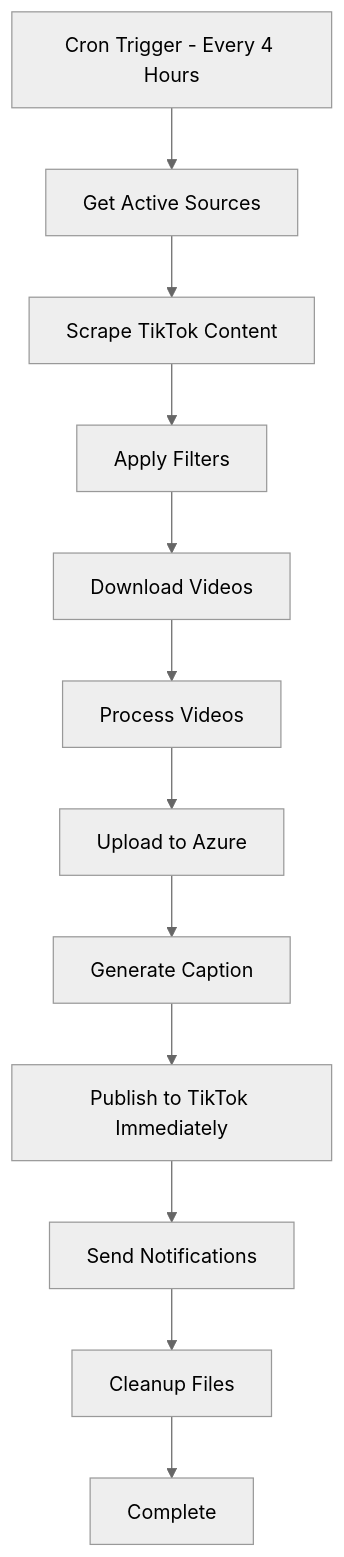
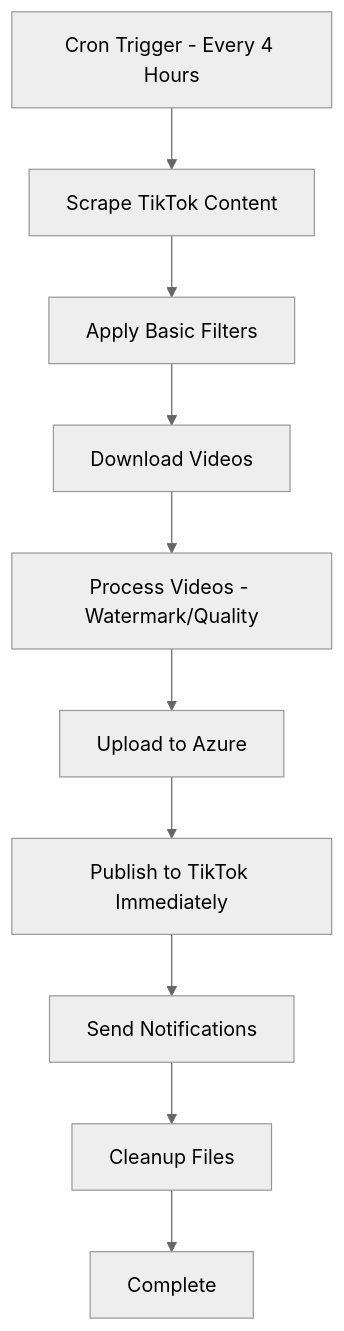
The diagram in n8n-one-automation.md (lamont703/Project_TikTokReposter), drawn with Mermaid (neutral theme) before and after one commit. The commit also changed other lines of this file, not shown here.

````diff
--- a/n8n-one-automation.md
+++ b/n8n-one-automation.md
@@ -17,14 +17,12 @@
 ```mermaid
 graph TB
-    START[Cron Trigger - Every 4 Hours] --> SOURCES[Get Active Sources]
-    SOURCES --> SCRAPE[Scrape TikTok Content]
-    SCRAPE --> FILTER[Apply Filters]
+    START[Cron Trigger - Every 4 Hours] --> SCRAPE[Scrape TikTok Content]
+    SCRAPE --> FILTER[Apply Basic Filters]
     FILTER --> DOWNLOAD[Download Videos]
-    DOWNLOAD --> PROCESS[Process Videos]
+    DOWNLOAD --> PROCESS[Process Videos - Watermark/Quality]
     PROCESS --> UPLOAD[Upload to Azure]
-    UPLOAD --> CAPTION[Generate Caption]
-    CAPTION --> PUBLISH[Publish to TikTok Immediately]
+    UPLOAD --> PUBLISH[Publish to TikTok Immediately]
     PUBLISH --> NOTIFY[Send Notifications]
     NOTIFY --> CLEANUP[Cleanup Files]
     CLEANUP --> END[Complete]
 ```
````
